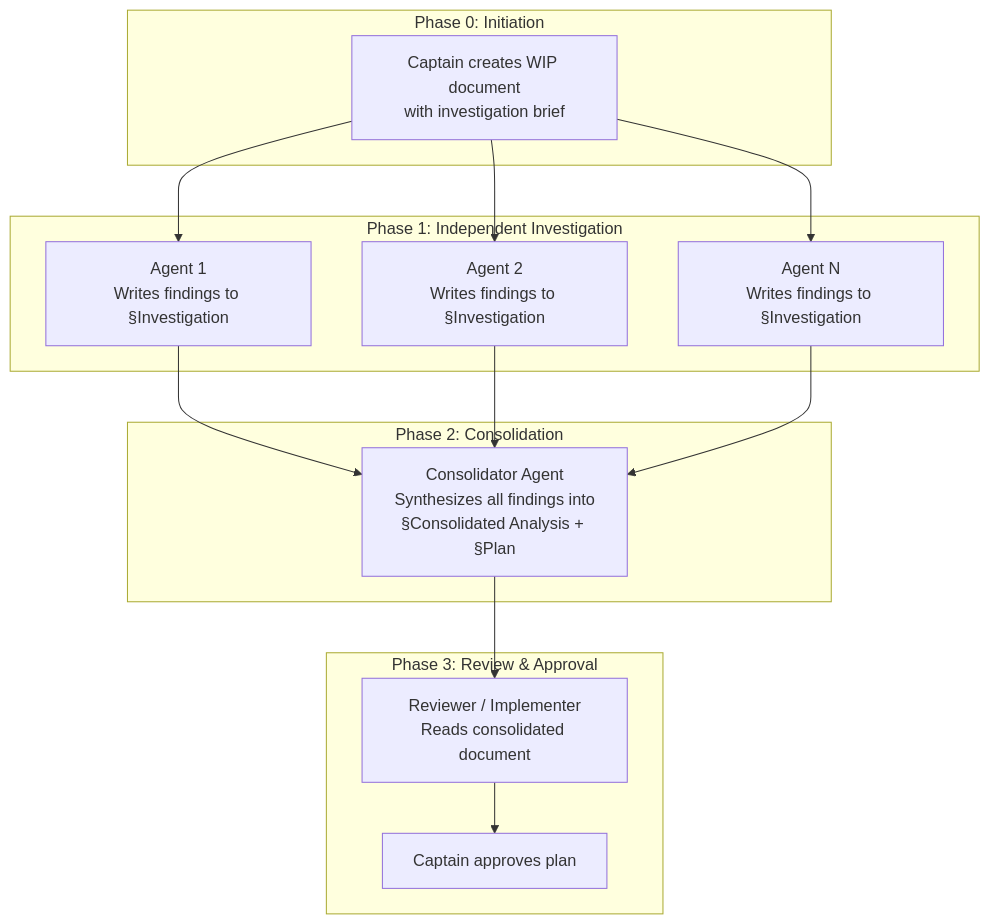
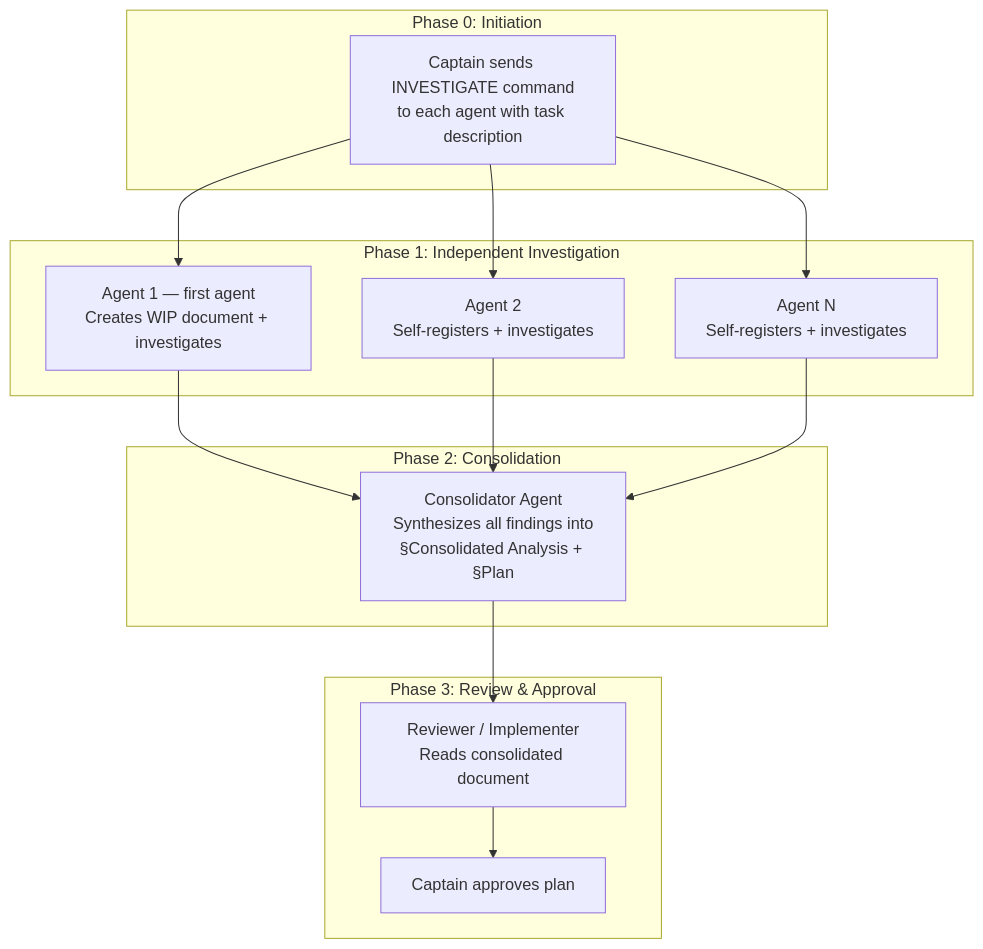
The second of 2 diagrams in Docs/AGENTS/Multi_Agent_Collaboration_Rules.md (robertschaub/FactHarbor), drawn with Mermaid before and after one commit. The commit also changed other lines of this file, not shown here.

First line of the commit message:
docs(agents): self-service document creation and participant registration

````diff
--- a/Docs/AGENTS/Multi_Agent_Collaboration_Rules.md
+++ b/Docs/AGENTS/Multi_Agent_Collaboration_Rules.md
@@ -543,23 +543,23 @@
 ```mermaid
 flowchart TB
     subgraph Init["Phase 0: Initiation"]
-        C1[Captain creates WIP document<br/>with investigation brief]
+        C1[Captain sends INVESTIGATE command<br/>to each agent with task description]
     end
 
     subgraph Investigate["Phase 1: Independent Investigation"]
-        A1[Agent 1<br/>Writes findings to §Investigation]
-        A2[Agent 2<br/>Writes findings to §Investigation]
-        AN[Agent N<br/>Writes findings to §Investigation]
+        A1[Agent 1 — first agent<br/>Creates WIP document + investigates]
+        A2[Agent 2<br/>Self-registers + investigates]
+        AN[Agent N<br/>Self-registers + investigates]
     end
 
     subgraph Consolidate["Phase 2: Consolidation"]
         CON[Consolidator Agent<br/>Synthesizes all findings into<br/>§Consolidated Analysis + §Plan]
     end
 
     subgraph Review["Phase 3: Review & Approval"]
         REV[Reviewer / Implementer<br/>Reads consolidated document]
         CAP[Captain approves plan]
     end
 
     C1 --> A1 & A2 & AN --> CON --> REV --> CAP
 ```
````
